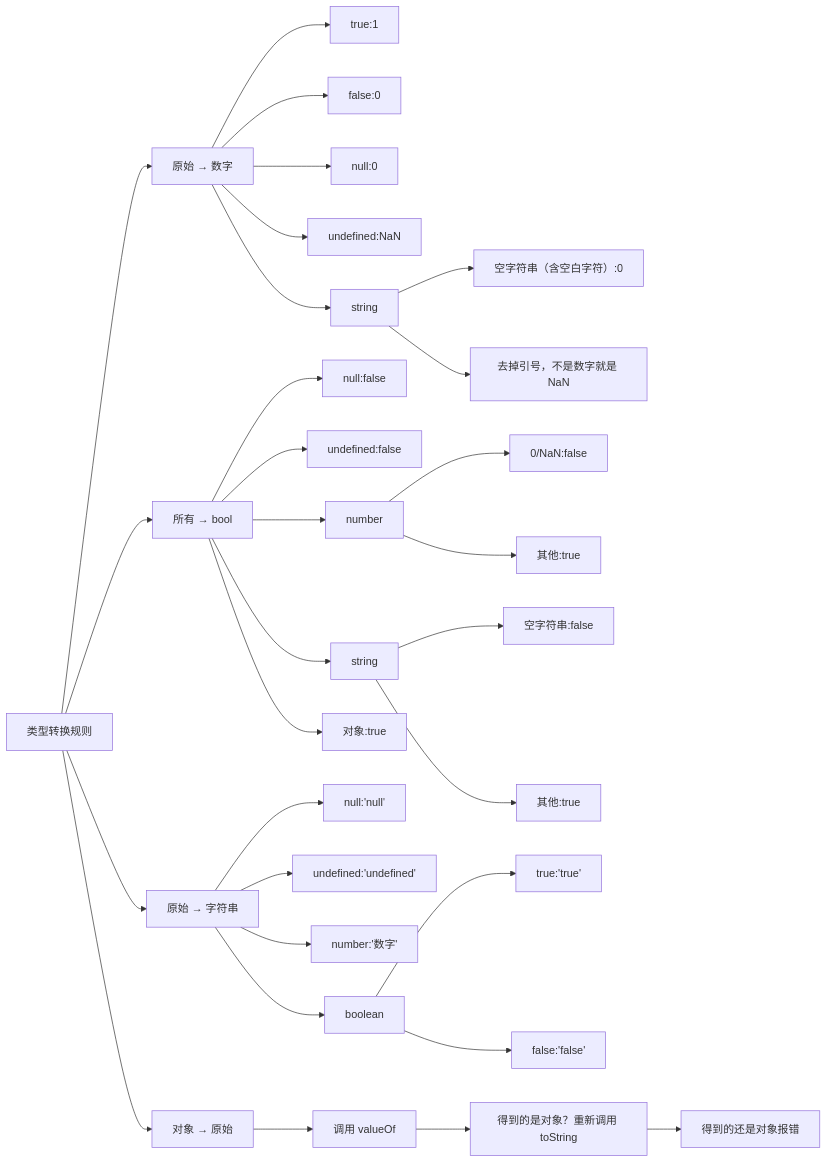
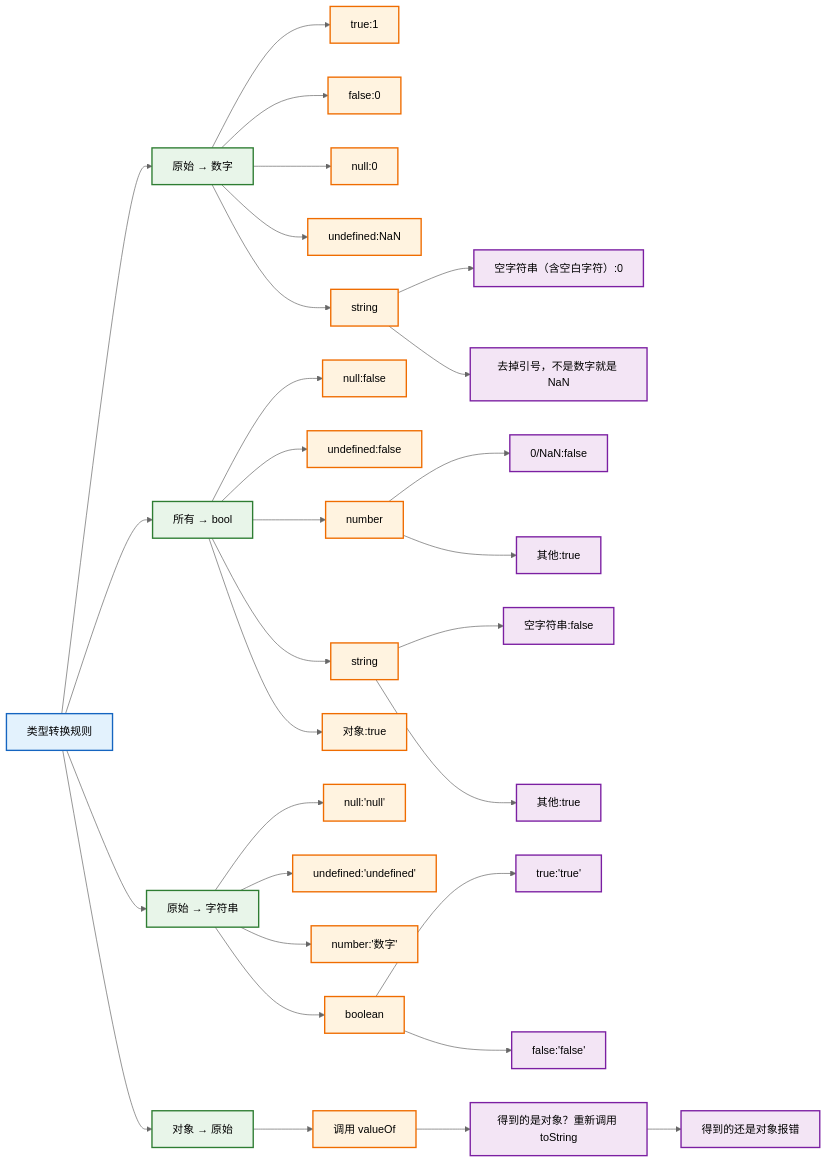
The second of 3 diagrams in docs/website/language/JavaScript/High-Performance JavaScript/第3章 语言基础.md (LBJhui/LBJhui-blog), drawn with Mermaid before and after one commit. The commit also changed other lines of this file and 4 other files, not shown here.

````diff
--- a/docs/website/language/JavaScript/High-Performance JavaScript/第3章 语言基础.md
+++ b/docs/website/language/JavaScript/High-Performance JavaScript/第3章 语言基础.md
@@ -61,30 +75,44 @@
 ```mermaid
+%%{init: { "theme": "neutral", "themeVariables": { "fontFamily": "Microsoft YaHei, sans-serif" }, "flowchart": { "curve": "basis" } }}%%
 graph LR
 A[类型转换规则] --> B["原始 → 数字"]
 B --> BA[true:1]
 B --> BB[false:0]
 B --> BC[null:0]
 B --> BD[undefined:NaN]
 B --> BE[string]
 BE --> BEA["空字符串（含空白字符）:0"]
 BE --> BEB["去掉引号，不是数字就是 NaN"]
 A --> C["所有 → bool"]
 C --> CA["null:false"]
 C --> CB["undefined:false"]
 C --> CC["number"]
 CC --> CCA["0/NaN:false"]
 CC --> CCB["其他:true"]
 C --> CD["string"]
 CD --> CDA["空字符串:false"]
 CD --> CDB["其他:true"]
 C --> CE["对象:true"]
 A --> D["原始 → 字符串"]
 D --> DA["null:'null'"]
 D --> DB["undefined:'undefined'"]
 D --> DC["number:'数字'"]
 D --> DD["boolean"]
 DD --> DDA["true:'true'"]
 DD --> DDB["false:'false'"]
 A --> E["对象 → 原始"]
 E --> EA["调用 valueOf"] --> EB["得到的是对象？重新调用 toString"] --> EC["得到的还是对象报错"]
+
+%% 样式定义
+classDef level0 fill:#E3F2FD,stroke:#1565C0,stroke-width:2px;
+classDef level1 fill:#E8F5E9,stroke:#2E7D32,stroke-width:2px;
+classDef level2 fill:#FFF3E0,stroke:#EF6C00,stroke-width:2px;
+classDef level3 fill:#F3E5F5,stroke:#7B1FA2,stroke-width:2px;
+classDef decision fill:#ECEFF1,stroke:#455A64,stroke-width:2px,stroke-dasharray: 5 5;
+
+%% 样式应用
+class A level0;
+class B,C,D,E level1;
+class BA,BB,BC,BD,BE,CA,CB,CC,CD,CE,DA,DB,DC,DD,EA level2;
+class BEA,BEB,CCA,CCB,CDA,CDB,DDA,DDB,EB,EC level3;
 ```
````
